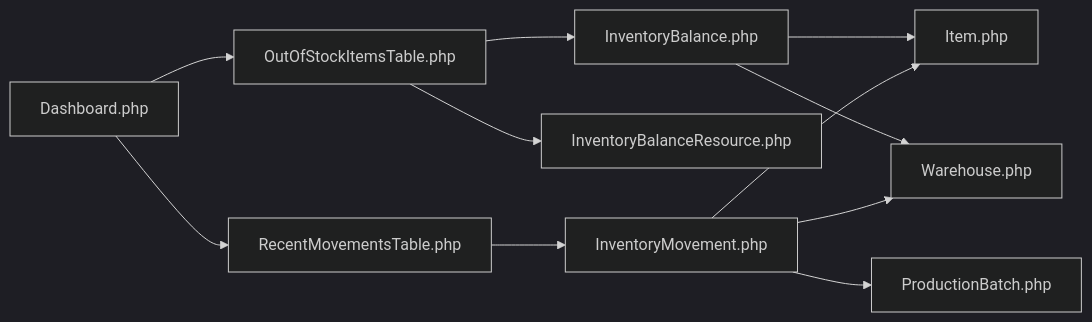
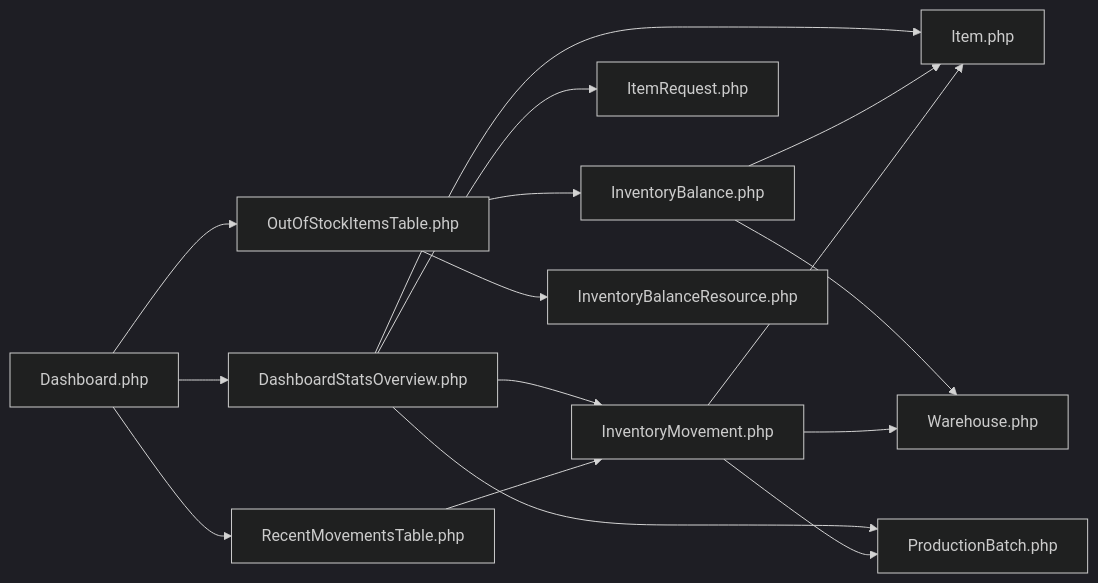
The eighth of 8 diagrams in .qoder/repowiki/en/content/Filament Admin Panel/Dashboard Widgets.md (Dikksap/laravel_RsvHelmet), drawn with Mermaid (dark theme) before and after one commit. The commit also changed other lines of this file and 52 other files, not shown here.

````diff
--- a/.qoder/repowiki/en/content/Filament Admin Panel/Dashboard Widgets.md
+++ b/.qoder/repowiki/en/content/Filament Admin Panel/Dashboard Widgets.md
@@ -302,13 +388,18 @@
 ```mermaid
 graph LR
-Dashboard["Dashboard.php"] --> OutOfStockItemsTable["OutOfStockItemsTable.php"]
+Dashboard["Dashboard.php"] --> DashboardStatsOverview["DashboardStatsOverview.php"]
+Dashboard --> OutOfStockItemsTable["OutOfStockItemsTable.php"]
 Dashboard --> RecentMovementsTable["RecentMovementsTable.php"]
+DashboardStatsOverview --> Item["Item.php"]
+DashboardStatsOverview --> InventoryMovement["InventoryMovement.php"]
+DashboardStatsOverview --> ProductionBatch["ProductionBatch.php"]
+DashboardStatsOverview --> ItemRequest["ItemRequest.php"]
 OutOfStockItemsTable --> InventoryBalance["InventoryBalance.php"]
 OutOfStockItemsTable --> InventoryBalanceResource["InventoryBalanceResource.php"]
-RecentMovementsTable --> InventoryMovement["InventoryMovement.php"]
-InventoryBalance --> Item["Item.php"]
+RecentMovementsTable --> InventoryMovement
+InventoryBalance --> Item
 InventoryBalance --> Warehouse["Warehouse.php"]
 InventoryMovement --> Item
 InventoryMovement --> Warehouse
-InventoryMovement --> ProductionBatch["ProductionBatch.php"]
+InventoryMovement --> ProductionBatch
 ```
````
